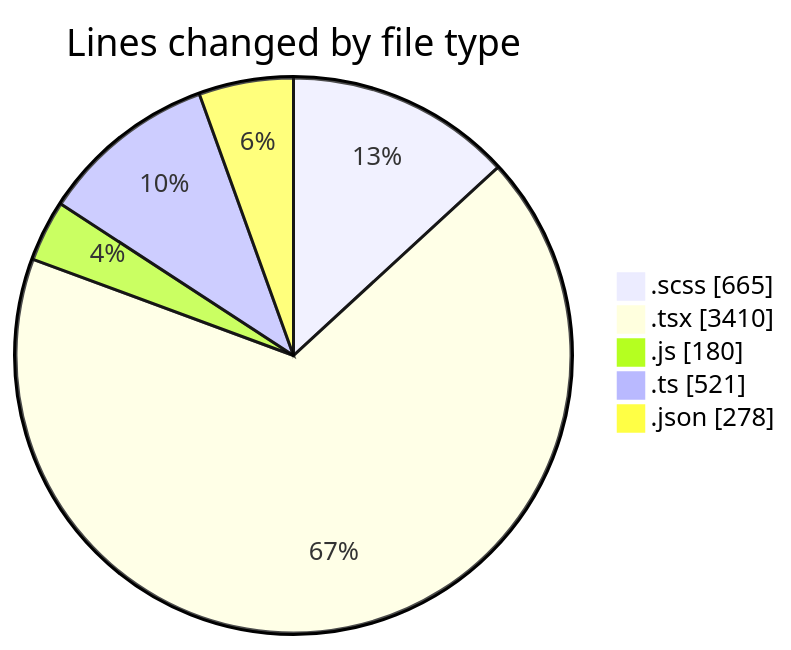
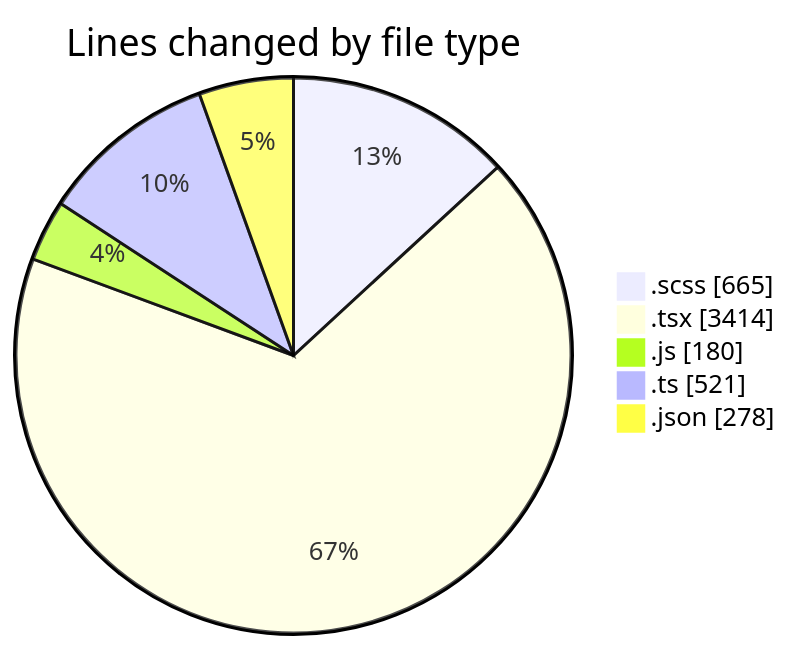
One commit to momahboobian/code-tracking changed the first of 2 diagrams in 2026-08-10/cda/README.md. Above: the diagram before and after it, drawn with Mermaid. The commit also changed other lines of this file and 1 other file, not shown here.

````diff
--- a/2026-08-10/cda/README.md
+++ b/2026-08-10/cda/README.md
@@ -32,9 +32,9 @@
 ```mermaid
 pie showData
 title Lines changed by file type
 ".scss" : 665
-".tsx" : 3410
+".tsx" : 3414
 ".js" : 180
 ".ts" : 521
 ".json" : 278
 ```
````
